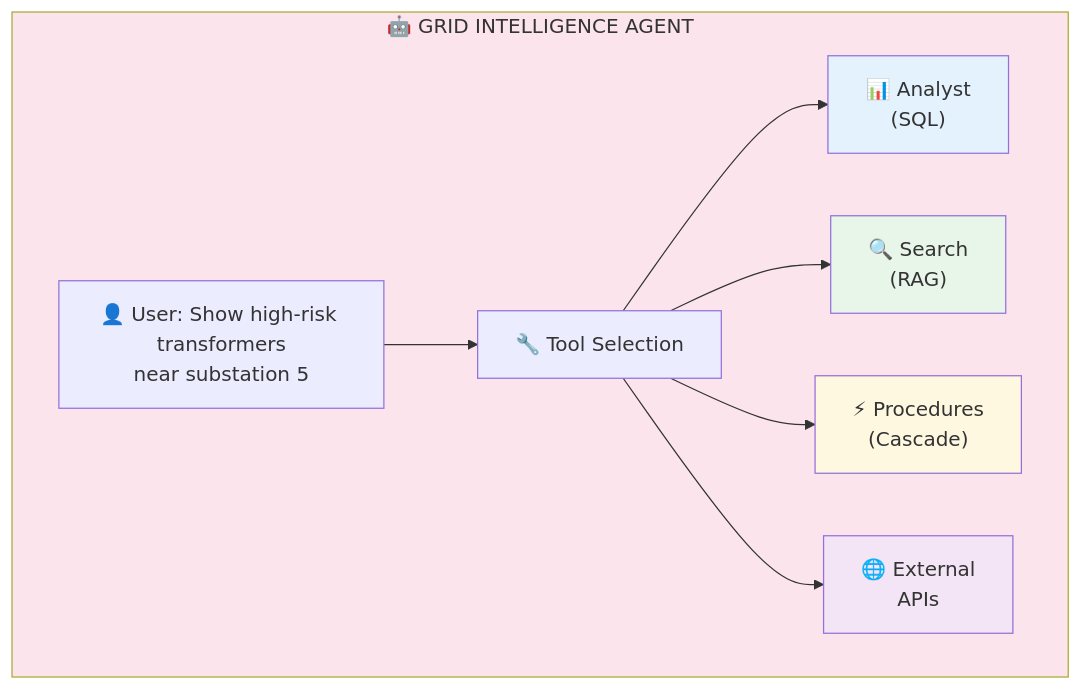
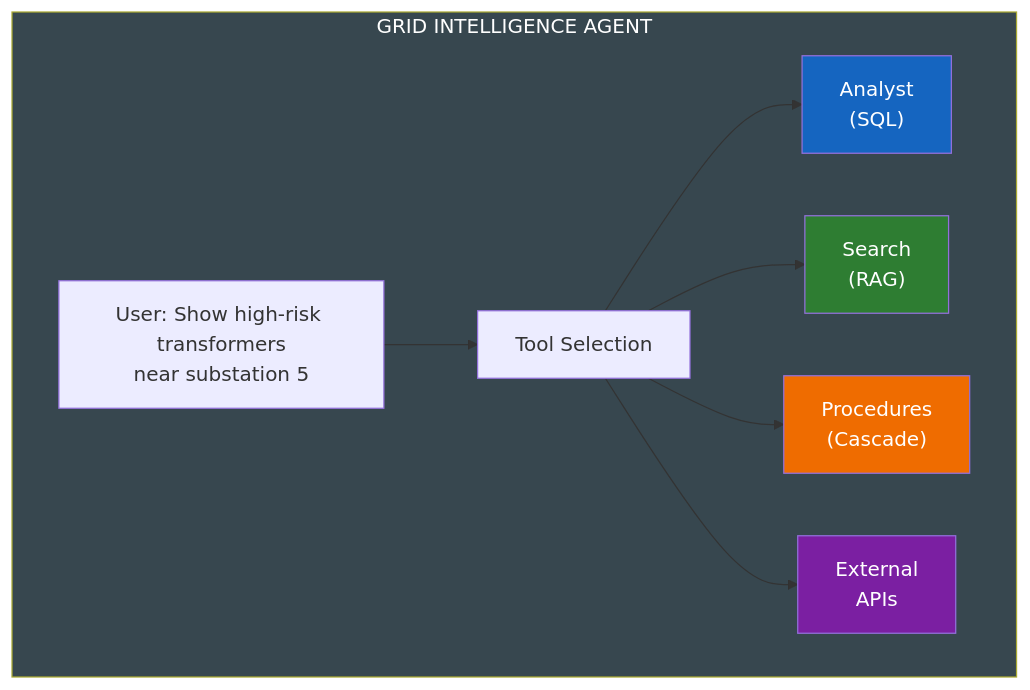
The fourth of 7 diagrams in docs/ARCHITECTURE.md (sfc-gh-abannerjee/flux-utility-solutions), drawn with Mermaid before and after one commit. The commit also changed other lines of this file and 1 other file, not shown here.

First line of the commit message:
Replace emojis with professional text labels in diagrams

````diff
--- a/docs/ARCHITECTURE.md
+++ b/docs/ARCHITECTURE.md
@@ -152,20 +152,20 @@
 ```mermaid
 flowchart TD
-    subgraph Agent["🤖 GRID INTELLIGENCE AGENT"]
-        USER["👤 User: Show high-risk transformers<br/>near substation 5"]
-        TOOL["🔧 Tool Selection"]
+    subgraph Agent["GRID INTELLIGENCE AGENT"]
+        USER["User: Show high-risk transformers<br/>near substation 5"]
+        TOOL["Tool Selection"]
         
         USER --> TOOL
         
-        TOOL --> ANA["📊 Analyst<br/>(SQL)"]
-        TOOL --> SRC["🔍 Search<br/>(RAG)"]
-        TOOL --> PRO["⚡ Procedures<br/>(Cascade)"]
-        TOOL --> EXT["🌐 External<br/>APIs"]
+        TOOL --> ANA["Analyst<br/>(SQL)"]
+        TOOL --> SRC["Search<br/>(RAG)"]
+        TOOL --> PRO["Procedures<br/>(Cascade)"]
+        TOOL --> EXT["External<br/>APIs"]
     end
     
-    style Agent fill:#fce4ec
-    style ANA fill:#e3f2fd
-    style SRC fill:#e8f5e9
-    style PRO fill:#fff8e1
-    style EXT fill:#f3e5f5
+    style Agent fill:#37474f,color:#fff
+    style ANA fill:#1565c0,color:#fff
+    style SRC fill:#2e7d32,color:#fff
+    style PRO fill:#ef6c00,color:#fff
+    style EXT fill:#7b1fa2,color:#fff
 ```
````
